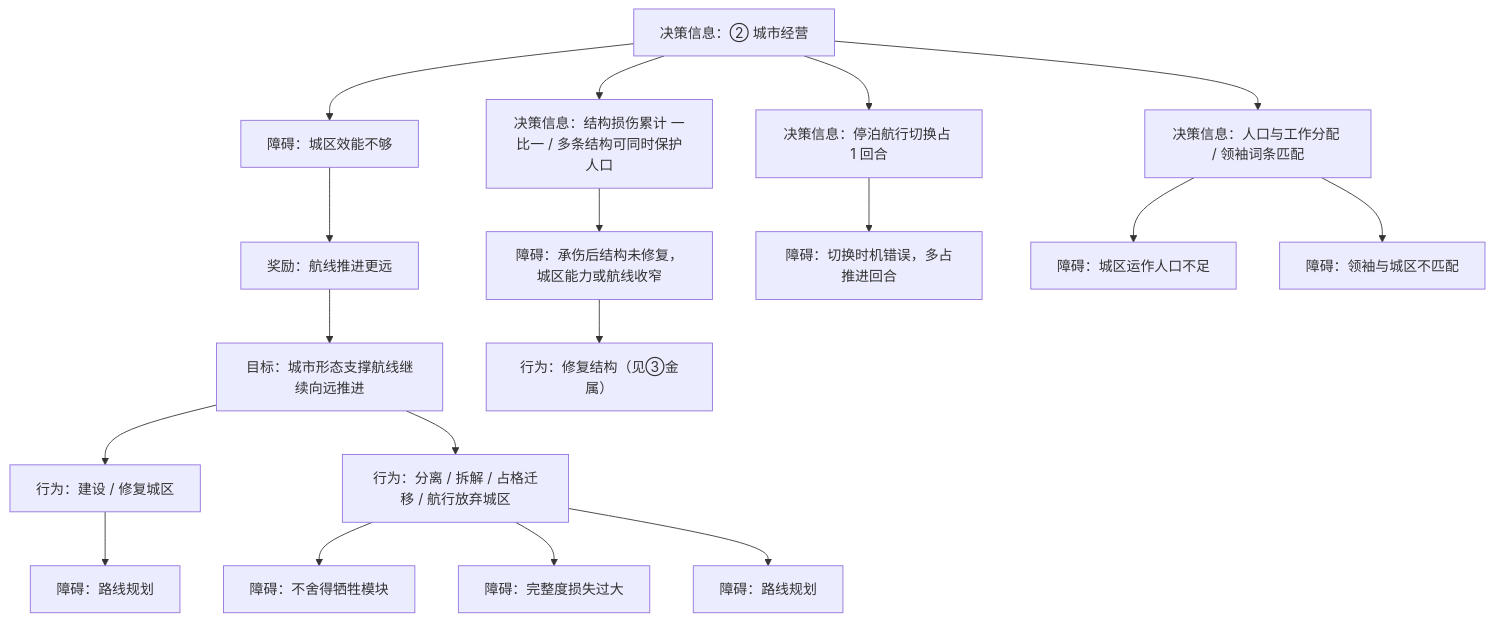
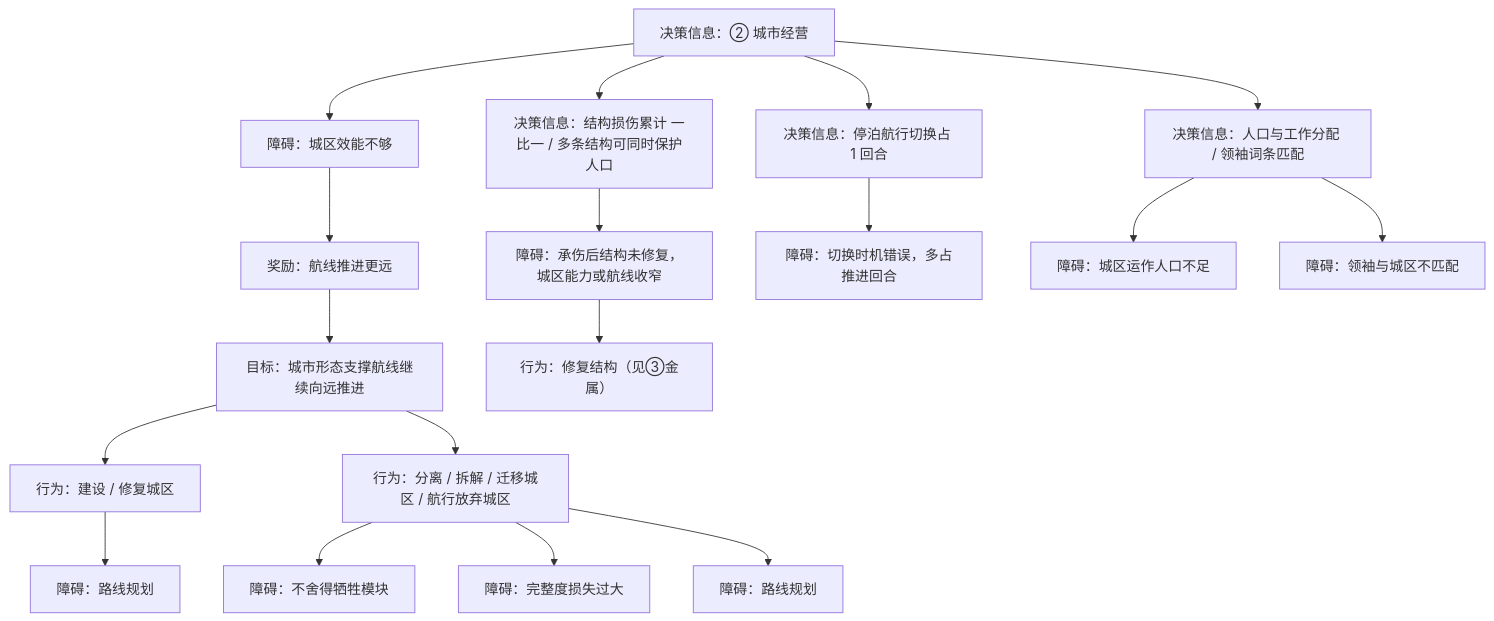
The fourth of 8 diagrams in Docs/01-草稿/交互链-循光之城.md (Estrella6066773/DriveToLight), drawn with Mermaid before and after one commit. The commit also changed other lines of this file and 27 other files, not shown here.

````diff
--- a/Docs/01-草稿/交互链-循光之城.md
+++ b/Docs/01-草稿/交互链-循光之城.md
@@ -474,21 +474,21 @@
 ```mermaid
 flowchart TD
   D2["决策信息：② 城市经营"]
   D2 --> O2a["障碍：城区效能不够"]
   O2a --> R2["奖励：航线推进更远"]
   R2 --> G2a["目标：城市形态支撑航线继续向远推进"]
   G2a --> A2a["行为：建设 / 修复城区"]
-  G2a --> A2b["行为：分离 / 拆解 / 占格迁移 / 航行放弃城区"]
+  G2a --> A2b["行为：分离 / 拆解 / 迁移城区 / 航行放弃城区"]
   A2b --> O2b["障碍：不舍得牺牲模块"]
   A2b --> O2c["障碍：完整度损失过大"]
   D2 --> D2s["决策信息：结构损伤累计 一比一 / 多条结构可同时保护人口"]
   D2s --> O2d["障碍：承伤后结构未修复，城区能力或航线收窄"]
   O2d --> A2c["行为：修复结构（见③金属）"]
   D2 --> D2d["决策信息：停泊航行切换占 1 回合"]
   D2d --> O2e["障碍：切换时机错误，多占推进回合"]
   D2 --> D2p["决策信息：人口与工作分配 / 领袖词条匹配"]
   D2p --> O2f["障碍：城区运作人口不足"]
   D2p --> O2g["障碍：领袖与城区不匹配"]
   A2a --> O_rp2a["障碍：路线规划"]
   A2b --> O_rp2b["障碍：路线规划"]
 ```
````
